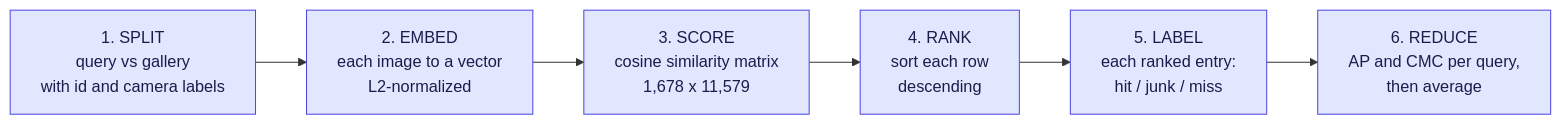
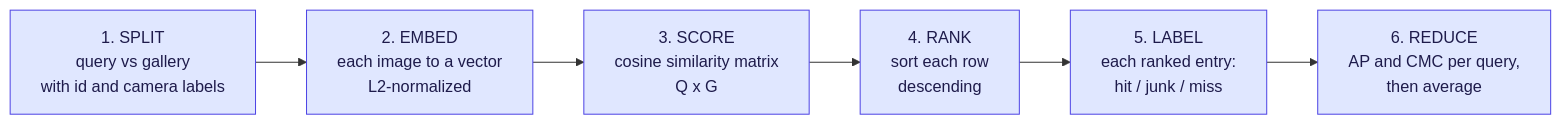
The third of 11 diagrams in docs/gallery-and-evaluation-kb.md (karolmajek/torment-nexus), drawn with Mermaid before and after one commit. The commit also changed other lines of this file and 29 other files, not shown here.

````diff
--- a/docs/gallery-and-evaluation-kb.md
+++ b/docs/gallery-and-evaluation-kb.md
@@ -109,13 +113,13 @@
 ```mermaid
 flowchart LR
     S1["1. SPLIT<br/>query vs gallery<br/>with id and camera labels"]
     S2["2. EMBED<br/>each image to a vector<br/>L2-normalized"]
-    S3["3. SCORE<br/>cosine similarity matrix<br/>1,678 x 11,579"]
+    S3["3. SCORE<br/>cosine similarity matrix<br/>Q x G"]
     S4["4. RANK<br/>sort each row<br/>descending"]
     S5["5. LABEL<br/>each ranked entry:<br/>hit / junk / miss"]
     S6["6. REDUCE<br/>AP and CMC per query,<br/>then average"]
     S1 --> S2 --> S3 --> S4 --> S5 --> S6
 
     classDef step fill:#e0e7ff,stroke:#4f46e5,color:#1e1b4b
     class S1,S2,S3,S4,S5,S6 step
 ```
````
